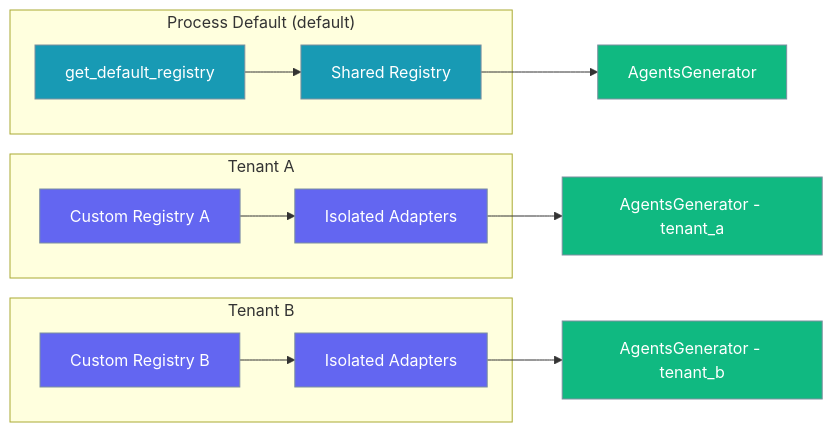
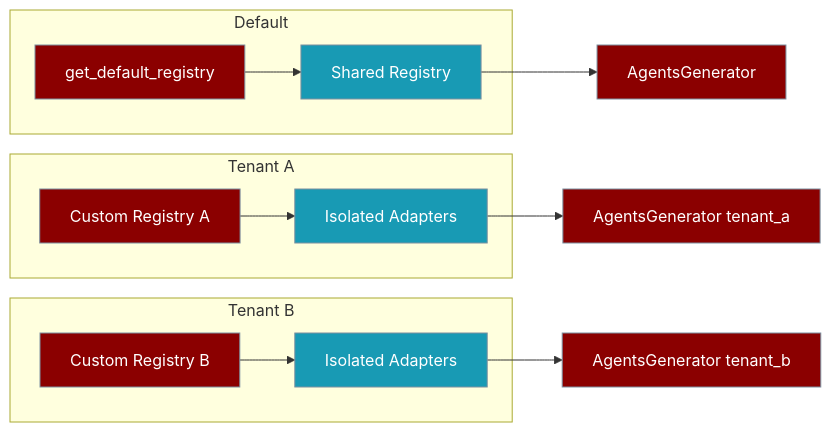
The first of 2 diagrams in docs/features/registry-dependency-injection.mdx (MervinPraison/PraisonAIDocs), drawn with Mermaid before and after one commit. The commit also changed other lines of this file and 4 other files, not shown here.

````diff
--- a/docs/features/registry-dependency-injection.mdx
+++ b/docs/features/registry-dependency-injection.mdx
@@ -10,23 +25,22 @@
 ```mermaid
 graph LR
-    subgraph "Process Default (default)"
+    subgraph "Default"
         A1[get_default_registry] --> R1[Shared Registry]
     end
     subgraph "Tenant A"
         A2[Custom Registry A] --> R2[Isolated Adapters]
     end
     subgraph "Tenant B"
         A3[Custom Registry B] --> R3[Isolated Adapters]
     end
     R1 --> G1[AgentsGenerator]
-    R2 --> G2[AgentsGenerator - tenant_a]
-    R3 --> G3[AgentsGenerator - tenant_b]
+    R2 --> G2[AgentsGenerator tenant_a]
+    R3 --> G3[AgentsGenerator tenant_b]
 
-    classDef default fill:#189AB4,stroke:#7C90A0,color:#fff
-    classDef tenant fill:#6366F1,stroke:#7C90A0,color:#fff
-    classDef generator fill:#10B981,stroke:#7C90A0,color:#fff
+    classDef agent fill:#8B0000,stroke:#7C90A0,color:#fff
+    classDef tool fill:#189AB4,stroke:#7C90A0,color:#fff
+    classDef output fill:#10B981,stroke:#7C90A0,color:#fff
 
-    class A1,R1 default
-    class A2,A3,R2,R3 tenant
-    class G1,G2,G3 generator
+    class A1,A2,A3,G1,G2,G3 agent
+    class R1,R2,R3 tool
 ```
````
